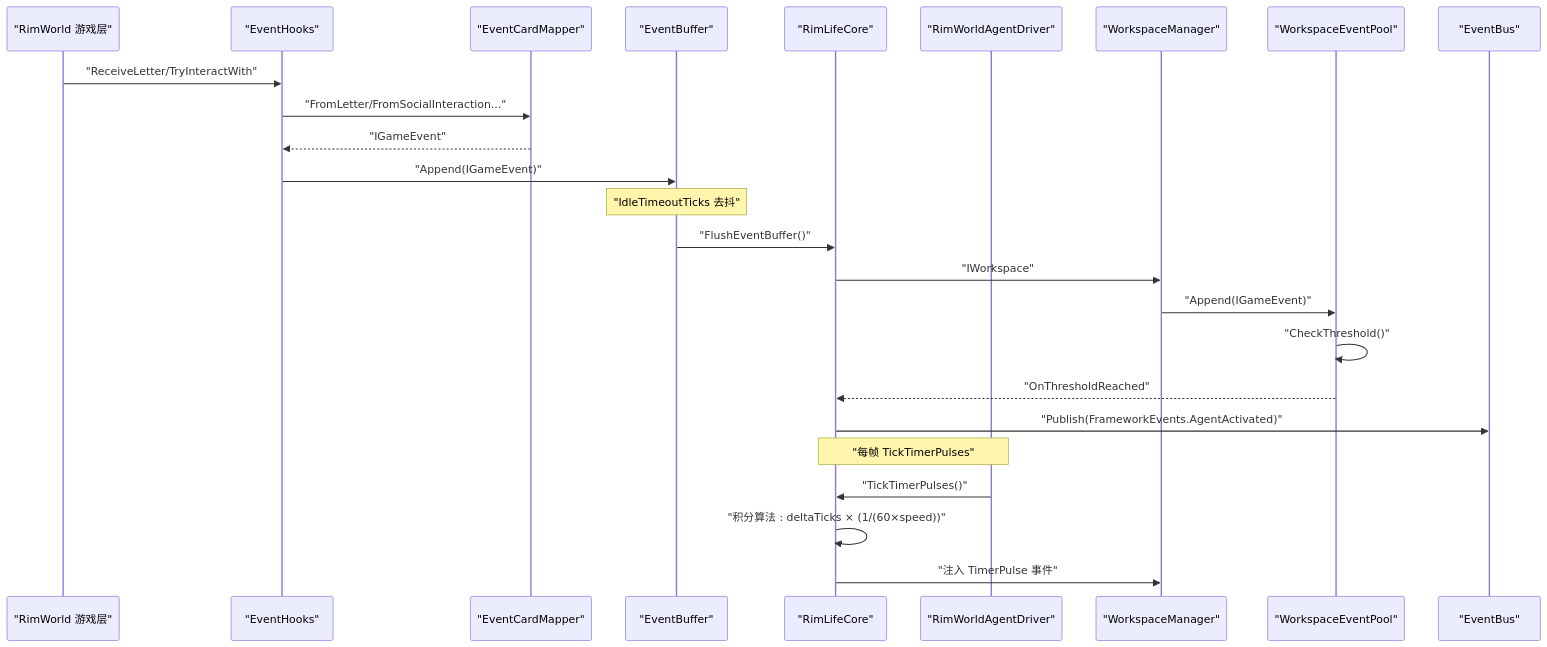
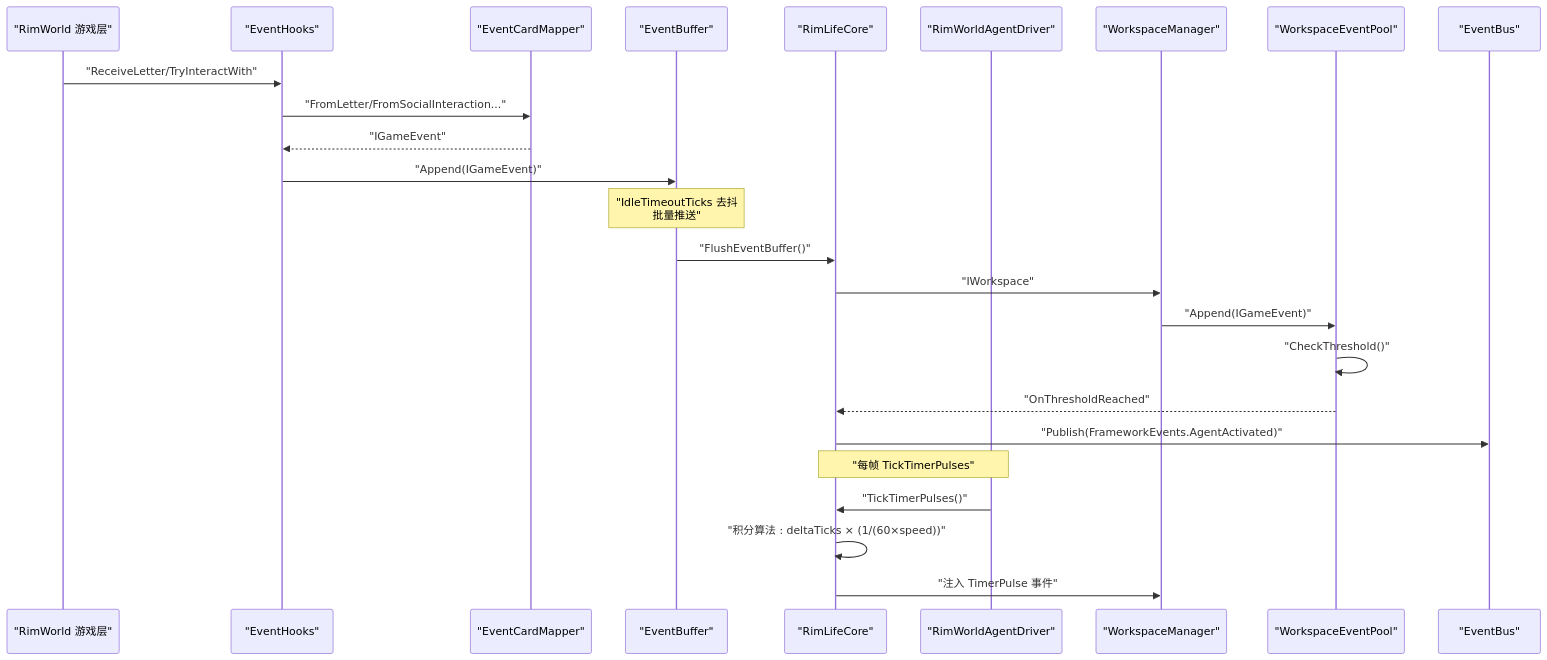
The second of 10 diagrams in .qoder/repowiki/zh/content/核心架构设计/事件系统集成.md (suzvka/RimLife), drawn with Mermaid before and after one commit. The commit also changed other lines of this file and 29 other files, not shown here.

````diff
--- a/.qoder/repowiki/zh/content/核心架构设计/事件系统集成.md
+++ b/.qoder/repowiki/zh/content/核心架构设计/事件系统集成.md
@@ -140,27 +140,27 @@
 ```mermaid
 sequenceDiagram
 participant LW as "RimWorld 游戏层"
 participant Hooks as "EventHooks"
 participant Mapper as "EventCardMapper"
 participant Buffer as "EventBuffer"
 participant Core as "RimLifeCore"
 participant Driver as "RimWorldAgentDriver"
 participant WS as "WorkspaceManager"
 participant Pool as "WorkspaceEventPool"
 participant Bus as "EventBus"
 LW->>Hooks : "ReceiveLetter/TryInteractWith"
 Hooks->>Mapper : "FromLetter/FromSocialInteraction..."
 Mapper-->>Hooks : "IGameEvent"
 Hooks->>Buffer : "Append(IGameEvent)"
-Note over Buffer : "IdleTimeoutTicks 去抖"
+Note over Buffer : "IdleTimeoutTicks 去抖<br/>批量推送"
 Buffer->>Core : "FlushEventBuffer()"
 Core->>WS : "IWorkspace"
 WS->>Pool : "Append(IGameEvent)"
 Pool->>Pool : "CheckThreshold()"
 Pool-->>Core : "OnThresholdReached"
 Core->>Bus : "Publish(FrameworkEvents.AgentActivated)"
 Note over Driver,Core : "每帧 TickTimerPulses"
 Driver->>Core : "TickTimerPulses()"
 Core->>Core : "积分算法 : deltaTicks × (1/(60×speed))"
 Core->>WS : "注入 TimerPulse 事件"
 ```
````
